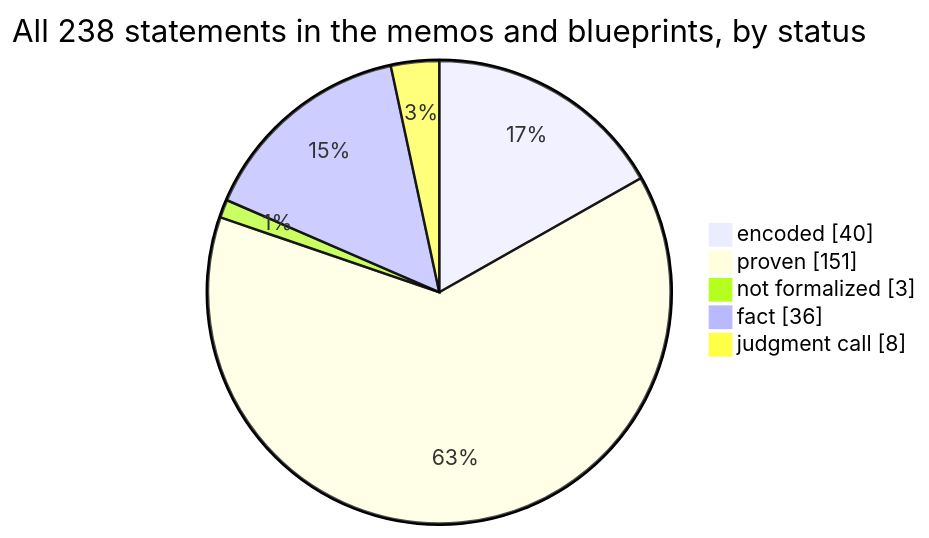
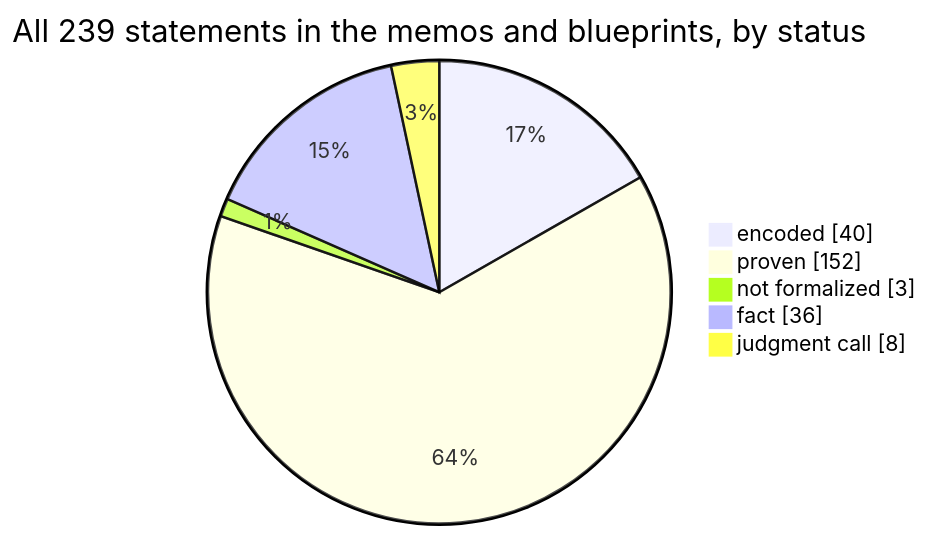
Before and after one commit to SeanWMurray/Canteen: the first of 4 diagrams in docs/graphs/dashboard.md, drawn with Mermaid. The commit also changed other lines of this file and 14 other files, not shown here.

````diff
--- a/docs/graphs/dashboard.md
+++ b/docs/graphs/dashboard.md
@@ -11,8 +11,8 @@
 ```mermaid
-pie showData title All 238 statements in the memos and blueprints, by status
+pie showData title All 239 statements in the memos and blueprints, by status
     "encoded" : 40
-    "proven" : 151
+    "proven" : 152
     "not formalized" : 3
     "fact" : 36
     "judgment call" : 8
 ```
````
